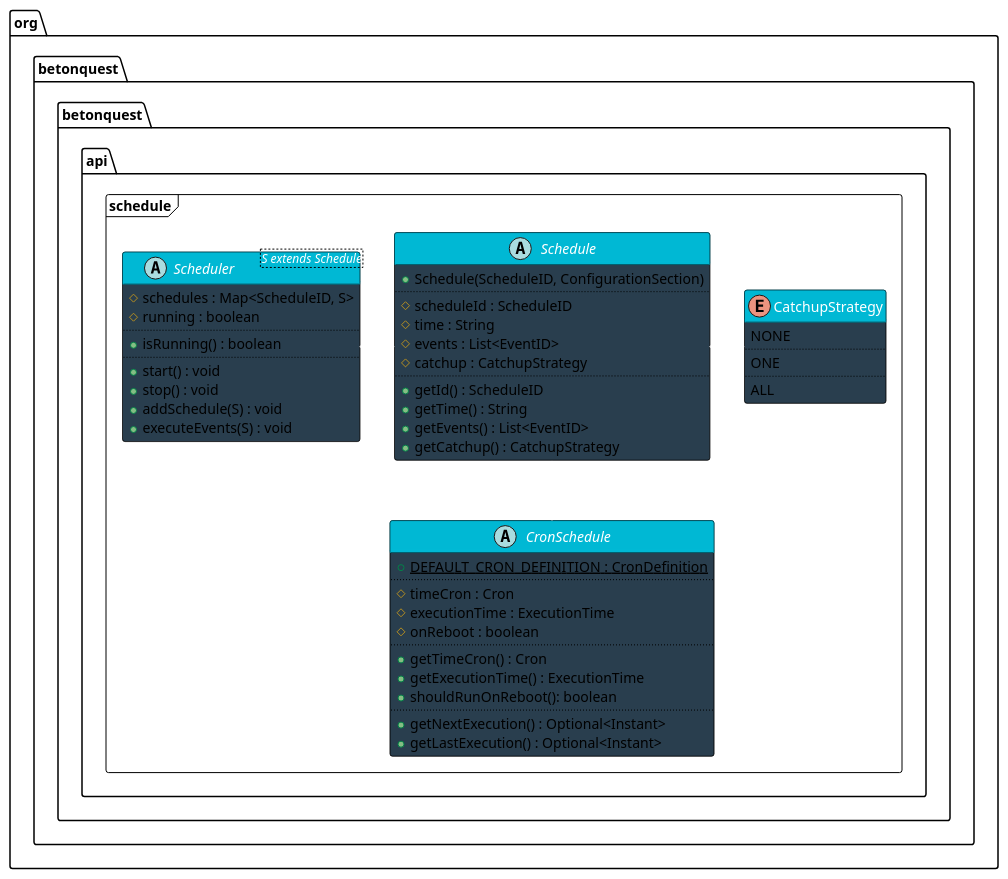
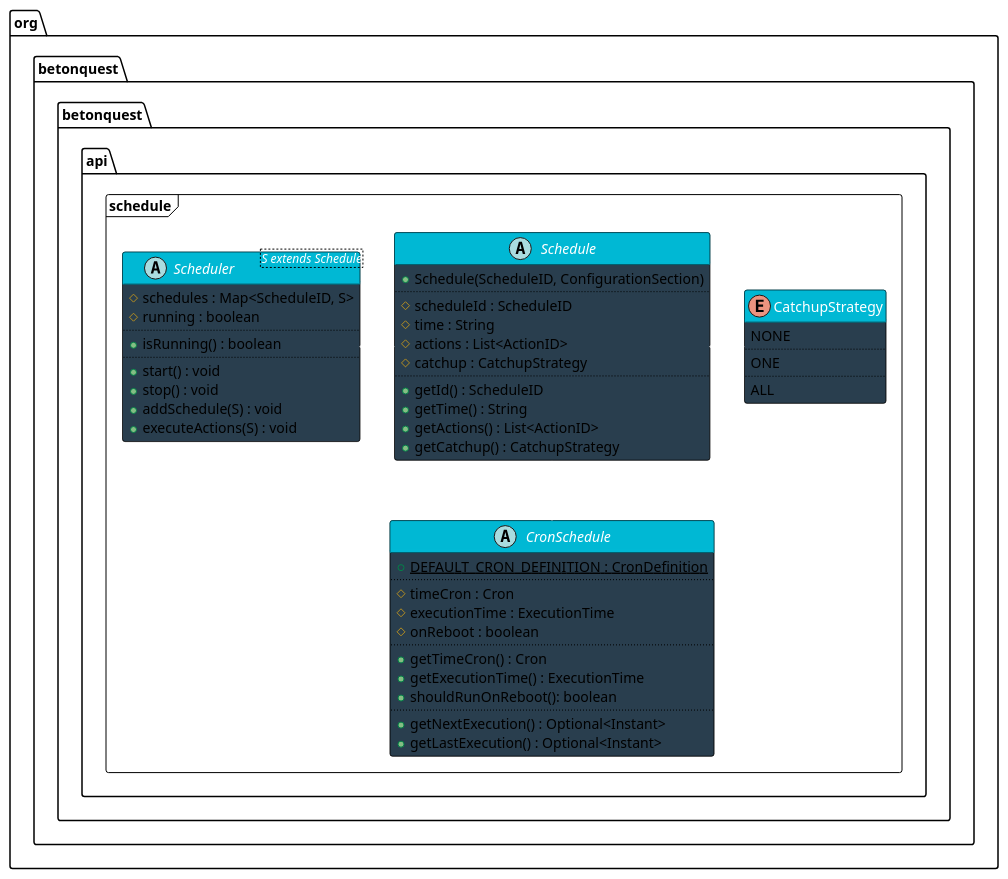
Before and after one commit to BetonQuest/BetonQuest: the diagram in docs/_media/content/API/Schedules/Schedule-dark.puml, drawn with PlantUML. The commit also changed 47 other files, not shown here.

First line of the commit message:
renamed events to actions in the documentation

```diff
--- a/docs/_media/content/API/Schedules/Schedule-dark.puml
+++ b/docs/_media/content/API/Schedules/Schedule-dark.puml
@@ -1,74 +1,74 @@
 @startuml "Schedule-dark"
 skinparam ArrowColor white
 skinparam BackgroundColor transparent
 skinparam class {
     StereotypeFontColor white
     FontColor white
     BackgroundColor #293E4E
     HeaderBackgroundColor #00B8D4
     BorderColor black
 }
 skinparam note {
     FontColor white
     BackgroundColor #303952
 }
 skinparam package {
     BorderColor black
 }
 
 package "org.betonquest.betonquest.api.schedule" <<Frame>> {
     abstract class Schedule {
         + Schedule(ScheduleID, ConfigurationSection)
         ..
         # scheduleId : ScheduleID
         # time : String
-        # events : List<EventID>
+        # actions : List<ActionID>
         # catchup : CatchupStrategy
         ..
         + getId() : ScheduleID
         + getTime() : String
-        + getEvents() : List<EventID>
+        + getActions() : List<ActionID>
         + getCatchup() : CatchupStrategy
     }
 
     enum CatchupStrategy {
         NONE
         ..
         ONE
         ..
         ALL
     }
 
     abstract class CronSchedule extends Schedule {
         + {static} DEFAULT_CRON_DEFINITION : CronDefinition
         ..
         # timeCron : Cron
         # executionTime : ExecutionTime
         # onReboot : boolean
         ..
         + getTimeCron() : Cron
         + getExecutionTime() : ExecutionTime
         + shouldRunOnReboot(): boolean
         ..
         + getNextExecution() : Optional<Instant>
         + getLastExecution() : Optional<Instant>
     }
 
     abstract class Scheduler <S extends Schedule> {
         # schedules : Map<ScheduleID, S>
         # running : boolean
         ..
         + isRunning() : boolean
         ..
         + start() : void
         + stop() : void
         + addSchedule(S) : void
-        + executeEvents(S) : void
+        + executeActions(S) : void
     }
 
     Schedule o-right- CatchupStrategy
     Scheduler o-right- Schedule
 
 }
 
 @enduml
```
